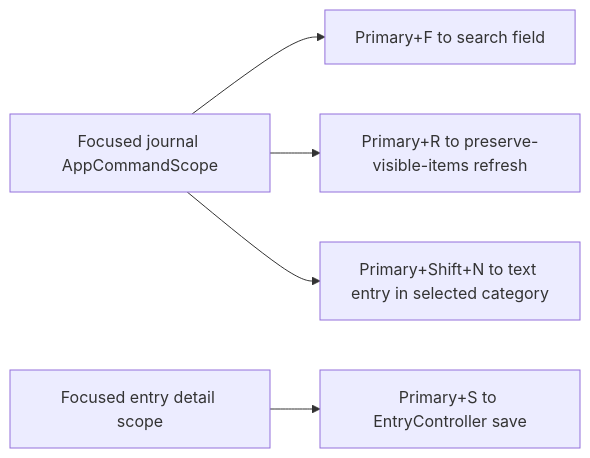
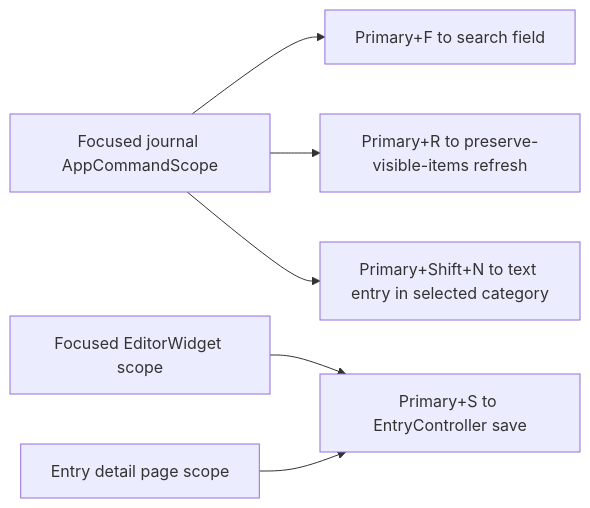
Before and after one commit to matthiasn/lotti: the tenth of 10 diagrams in lib/features/journal/README.md, drawn with Mermaid. The commit also changed other lines of this file and 6 other files, not shown here.

````diff
--- a/lib/features/journal/README.md
+++ b/lib/features/journal/README.md
@@ -523,7 +530,8 @@
 ```mermaid
 flowchart LR
   Scope[Focused journal AppCommandScope] --> Search[Primary+F to search field]
   Scope --> Refresh[Primary+R to preserve-visible-items refresh]
   Scope --> Create[Primary+Shift+N to text entry in selected category]
-  Detail[Focused entry detail scope] --> Save[Primary+S to EntryController save]
+  Editor[Focused EditorWidget scope] --> Save[Primary+S to EntryController save]
+  Detail[Entry detail page scope] --> Save
 ```
````
